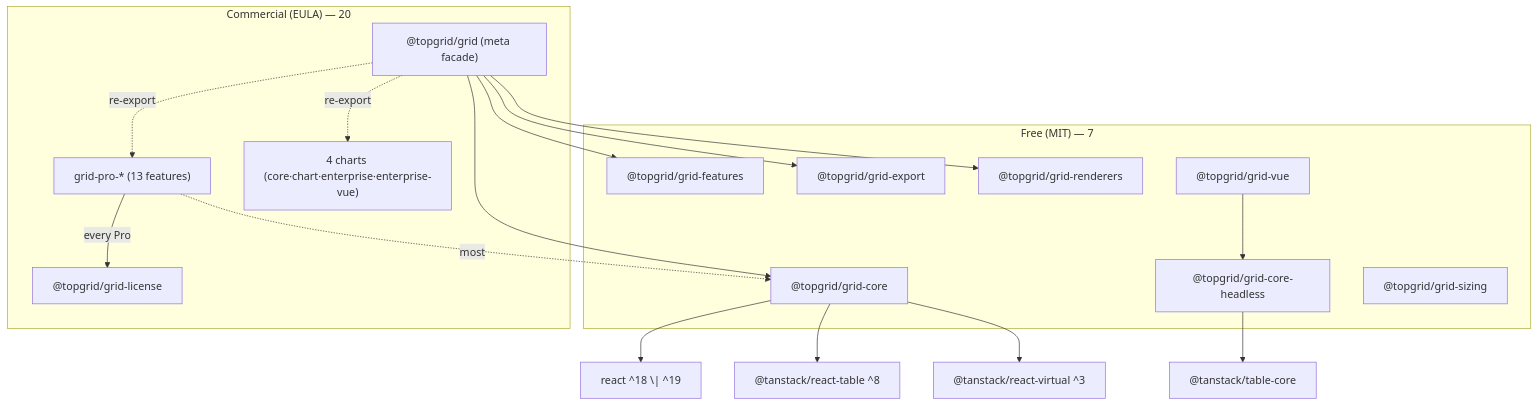
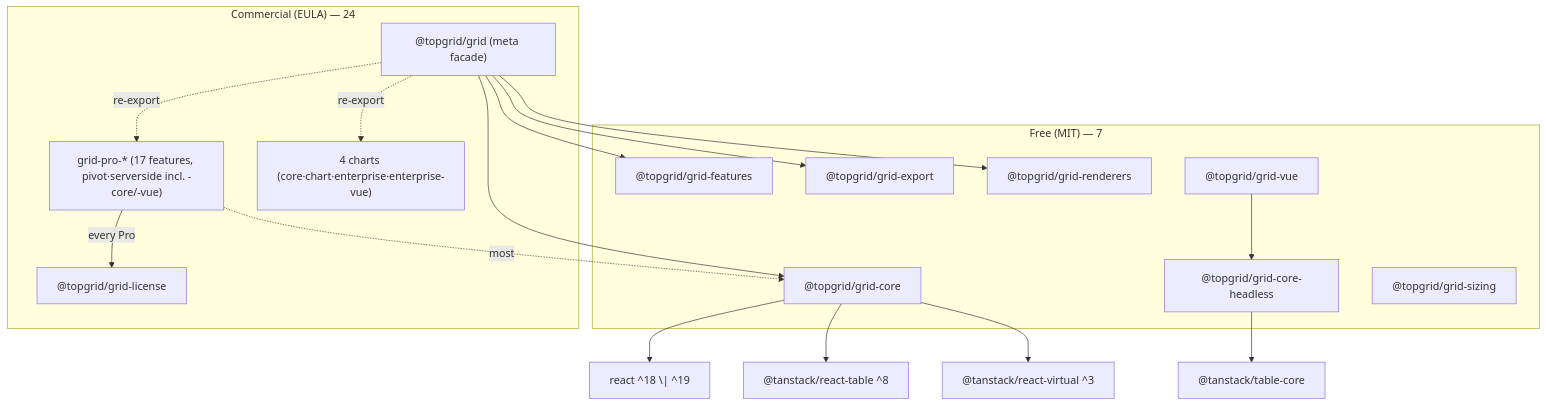
One commit to alladins/topgrid changed the diagram in apps/docs/i18n/en/docusaurus-plugin-content-docs/current/architecture.mdx. Above: the diagram before and after it, drawn with Mermaid. The commit also changed other lines of this file and 33 other files, not shown here.

First line of the commit message:
docs(site): 자동 API 재생성(31패키지, 신규 4 EN 번역) + 패키지 수 27→31 + Vue Pro 사용법

````diff
--- a/apps/docs/i18n/en/docusaurus-plugin-content-docs/current/architecture.mdx
+++ b/apps/docs/i18n/en/docusaurus-plugin-content-docs/current/architecture.mdx
@@ -59,33 +63,33 @@
 ```mermaid
 graph TD
   subgraph Open["Free (MIT) — 7"]
     grid-core["@topgrid/grid-core"]
     grid-headless["@topgrid/grid-core-headless"]
     grid-features["@topgrid/grid-features"]
     grid-export["@topgrid/grid-export"]
     grid-renderers["@topgrid/grid-renderers"]
     grid-sizing["@topgrid/grid-sizing"]
     grid-vue["@topgrid/grid-vue"]
   end
 
-  subgraph Commercial["Commercial (EULA) — 20"]
+  subgraph Commercial["Commercial (EULA) — 24"]
     grid["@topgrid/grid (meta facade)"]
     grid-license["@topgrid/grid-license"]
-    proAll["grid-pro-* (13 features)"]
+    proAll["grid-pro-* (17 features, pivot·serverside incl. -core/-vue)"]
     charts["4 charts (core·chart·enterprise·enterprise-vue)"]
   end
 
   grid --> grid-core
   grid --> grid-features
   grid --> grid-renderers
   grid --> grid-export
   grid -.->|re-export| proAll
   grid -.->|re-export| charts
   grid-core --> react["react ^18 \| ^19"]
   grid-core --> tanstack["@tanstack/react-table ^8"]
   grid-core --> virtual["@tanstack/react-virtual ^3"]
   grid-headless --> tablecore["@tanstack/table-core"]
   grid-vue --> grid-headless
   proAll -->|every Pro| grid-license
   proAll -.->|most| grid-core
 ```
````
